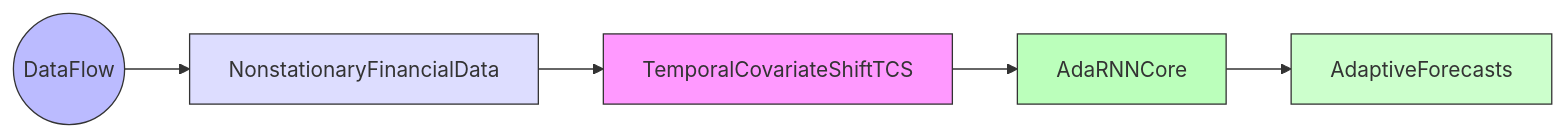
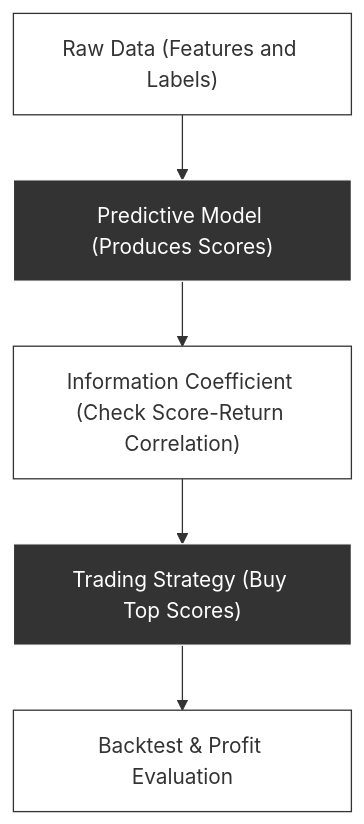
Before and after one commit to nicolad/vadim.blog: the first of 3 diagrams in blog/qlib-ai-quant-workflow-adarnn/index.md, drawn with Mermaid. The commit also changed other lines of this file and 1 other file, not shown here.

````diff
--- a/blog/qlib-ai-quant-workflow-adarnn/index.md
+++ b/blog/qlib-ai-quant-workflow-adarnn/index.md
@@ -33,12 +54,22 @@
 ```mermaid
-flowchart LR
-    A((DataFlow)) --> B[NonstationaryFinancialData]
-    B --> C[TemporalCovariateShiftTCS]
-    C --> D[AdaRNNCore]
-    D --> E[AdaptiveForecasts]
-    style A fill:#bbf,stroke:#333,stroke-width:1px
-    style B fill:#ddf,stroke:#333,stroke-width:1px
-    style C fill:#f9f,stroke:#333,stroke-width:1px
-    style D fill:#bfb,stroke:#333,stroke-width:1px
-    style E fill:#cfc,stroke:#333,stroke-width:1px
+flowchart TD
+    classDef darkMode fill:#333,stroke:#fff,stroke-width:1px,color:#fff
+    classDef lightMode fill:#fff,stroke:#333,stroke-width:1px,color:#333
+
+    A["Raw Data (Features and Labels)"]:::lightMode
+    B["Predictive Model (Produces Scores)"]:::darkMode
+    C["Information Coefficient (Check Score-Return Correlation)"]:::lightMode
+    D["Trading Strategy (Buy Top Scores)"]:::darkMode
+    E["Backtest & Profit Evaluation"]:::lightMode
+
+    A --> B
+    B --> C
+    C --> D
+    D --> E
+
+    class A lightMode
+    class B darkMode
+    class C lightMode
+    class D darkMode
+    class E lightMode
 ```
````
